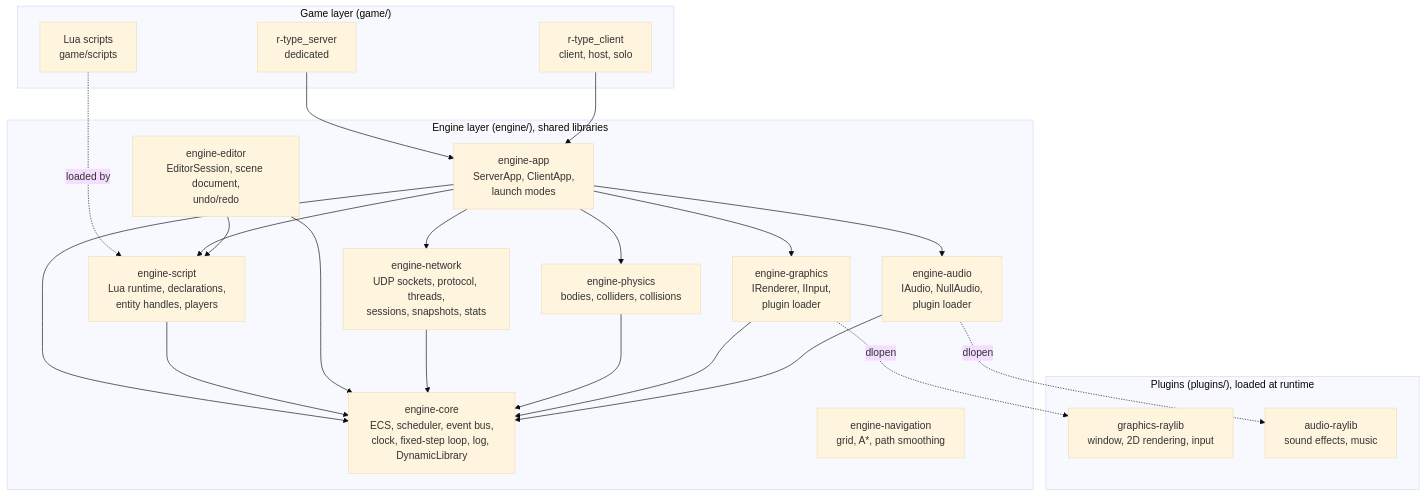
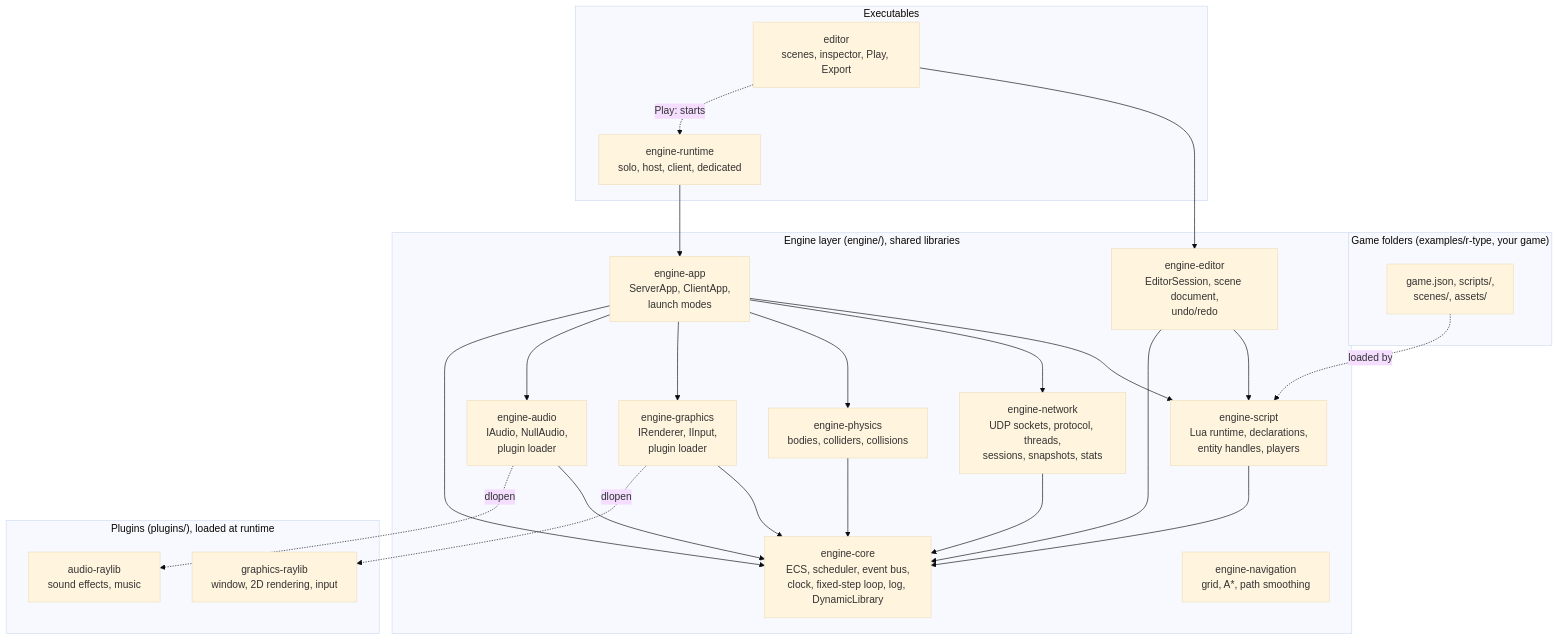
The first of 4 diagrams in docs/architecture.md (Saitamadupauvre/RType), drawn with Mermaid (base theme) before and after one commit. The commit also changed other lines of this file and 25 other files, not shown here.

Commit message:
docs: center the documentation on the editor and add a guide to making games

````diff
--- a/docs/architecture.md
+++ b/docs/architecture.md
@@ -26,41 +26,44 @@
 ```mermaid
 flowchart TB
-    subgraph Game["Game layer (game/)"]
-        LUA["Lua scripts<br/>game/scripts"]
-        SRV["r-type_server<br/>dedicated"]
-        CLI["r-type_client<br/>client, host, solo"]
+    subgraph Games["Game folders (examples/r-type, your game)"]
+        LUA["game.json, scripts/,<br/>scenes/, assets/"]
+    end
+    subgraph Tools["Executables"]
+        ED["editor<br/>scenes, inspector, Play, Export"]
+        RT["engine-runtime<br/>solo, host, client, dedicated"]
     end
     subgraph Engine["Engine layer (engine/), shared libraries"]
         APP["engine-app<br/>ServerApp, ClientApp,<br/>launch modes"]
         CORE["engine-core<br/>ECS, scheduler, event bus,<br/>clock, fixed-step loop, log, DynamicLibrary"]
         SCRIPT["engine-script<br/>Lua runtime, declarations,<br/>entity handles, players"]
         NET["engine-network<br/>UDP sockets, protocol, threads,<br/>sessions, snapshots, stats"]
         PHYS["engine-physics<br/>bodies, colliders, collisions"]
         NAV["engine-navigation<br/>grid, A*, path smoothing"]
         GFX["engine-graphics<br/>IRenderer, IInput,<br/>plugin loader"]
         AUD["engine-audio<br/>IAudio, NullAudio,<br/>plugin loader"]
         EDIT["engine-editor<br/>EditorSession, scene document,<br/>undo/redo"]
     end
     subgraph Plugins["Plugins (plugins/), loaded at runtime"]
         RAY["graphics-raylib<br/>window, 2D rendering, input"]
         RAU["audio-raylib<br/>sound effects, music"]
     end
     LUA -. loaded by .-> SCRIPT
-    SRV --> APP
-    CLI --> APP
+    ED --> EDIT
+    ED -. Play: starts .-> RT
+    RT --> APP
     APP --> SCRIPT
     APP --> NET
     APP --> PHYS
     APP --> GFX
     APP --> AUD
     APP --> CORE
     SCRIPT --> CORE
     EDIT --> SCRIPT
     EDIT --> CORE
     NET --> CORE
     PHYS --> CORE
     GFX --> CORE
     GFX -. dlopen .-> RAY
     AUD --> CORE
     AUD -. dlopen .-> RAU
 ```
````
